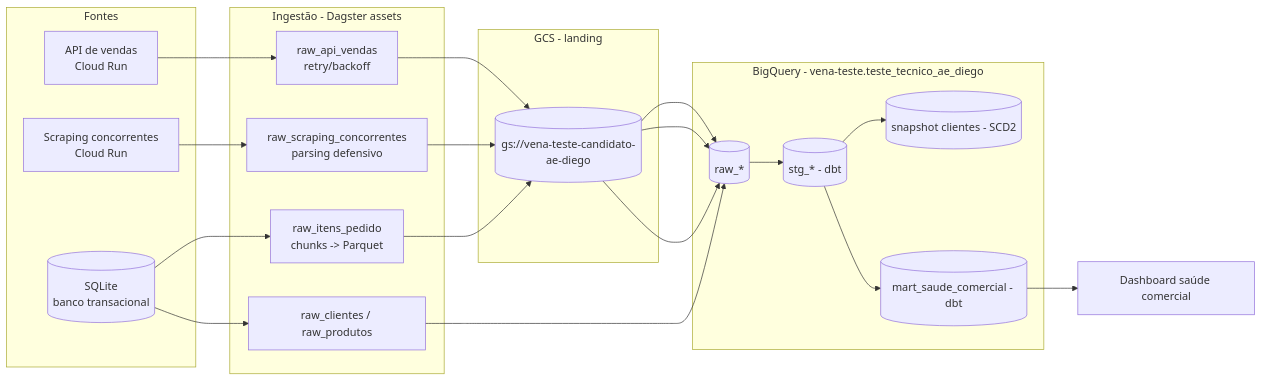
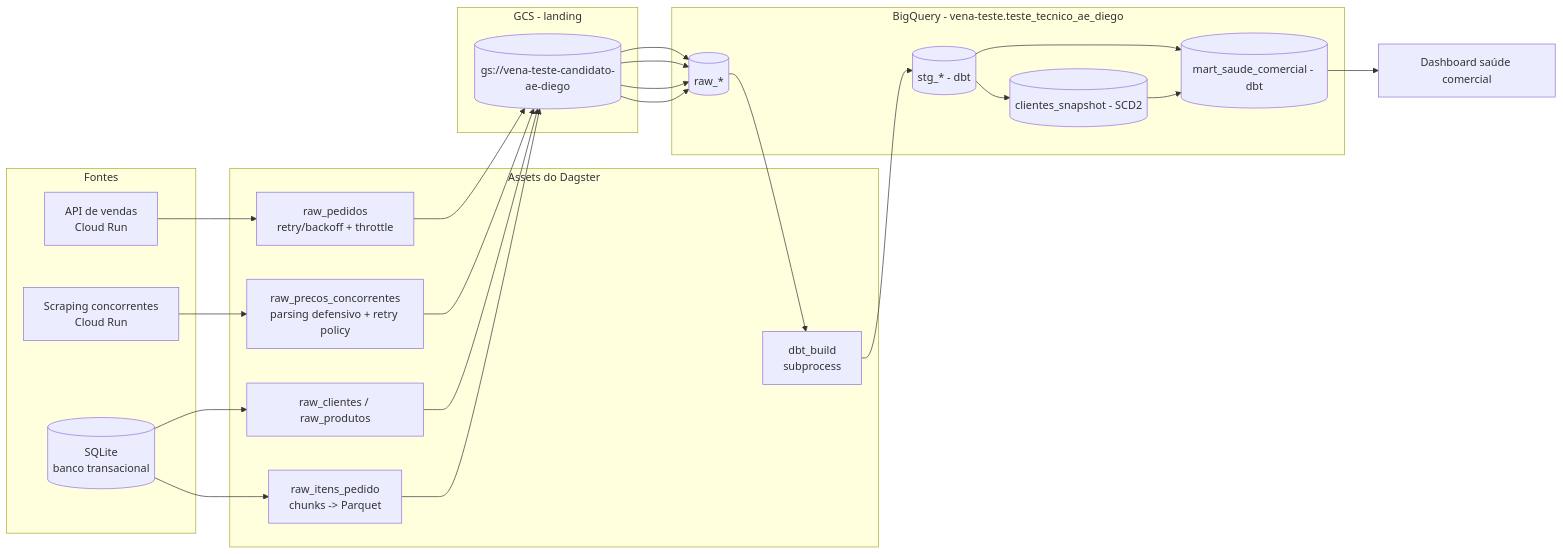
One commit to diegodzgarcia/vena-analytics-engineer-teste changed the diagram in docs/architecture.md. Above: the diagram before and after it, drawn with Mermaid. The commit also changed other lines of this file and 1 other file, not shown here.

````diff
--- a/docs/architecture.md
+++ b/docs/architecture.md
@@ -5,35 +5,37 @@
 ```mermaid
 flowchart LR
     subgraph Fontes
         A1[API de vendas<br/>Cloud Run]
         A2[Scraping concorrentes<br/>Cloud Run]
         A3[(SQLite<br/>banco transacional)]
     end
 
-    subgraph Ingestao [Ingestão - Dagster assets]
-        B1[raw_api_vendas<br/>retry/backoff]
-        B2[raw_scraping_concorrentes<br/>parsing defensivo]
+    subgraph Dagster [Assets do Dagster]
+        B1[raw_pedidos<br/>retry/backoff + throttle]
+        B2[raw_precos_concorrentes<br/>parsing defensivo + retry policy]
         B3[raw_clientes / raw_produtos]
         B4[raw_itens_pedido<br/>chunks -> Parquet]
+        B5[dbt_build<br/>subprocess]
     end
 
     subgraph GCS [GCS - landing]
         G[(gs://vena-teste-candidato-ae-diego)]
     end
 
     subgraph BQ [BigQuery - vena-teste.teste_tecnico_ae_diego]
         R[(raw_*)]
         S[(stg_* - dbt)]
+        SN[(clientes_snapshot - SCD2)]
         M[(mart_saude_comercial - dbt)]
-        SN[(snapshot clientes - SCD2)]
     end
 
     D[Dashboard saúde comercial]
 
     A1 --> B1 --> G --> R
     A2 --> B2 --> G --> R
-    A3 --> B3 --> R
+    A3 --> B3 --> G --> R
     A3 --> B4 --> G --> R
-    R --> S --> M --> D
-    S --> SN
+    R --> B5
+    B5 --> S --> M --> D
+    S --> SN --> M
 ```
````
